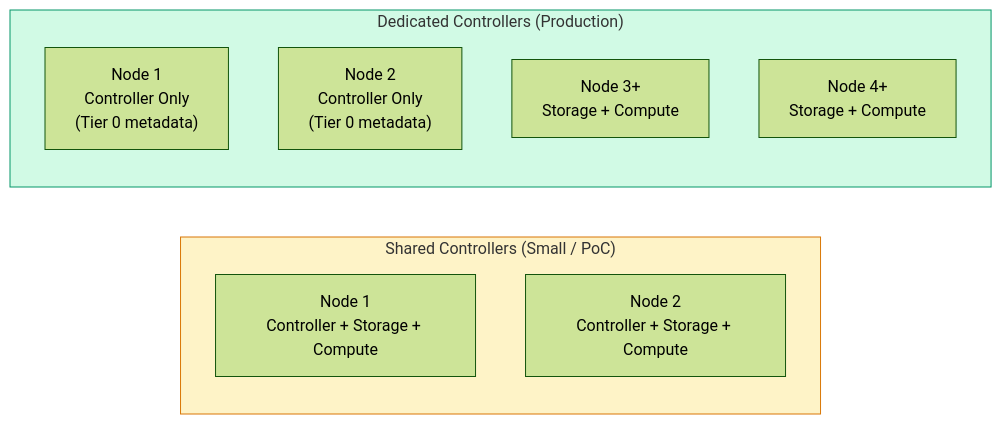
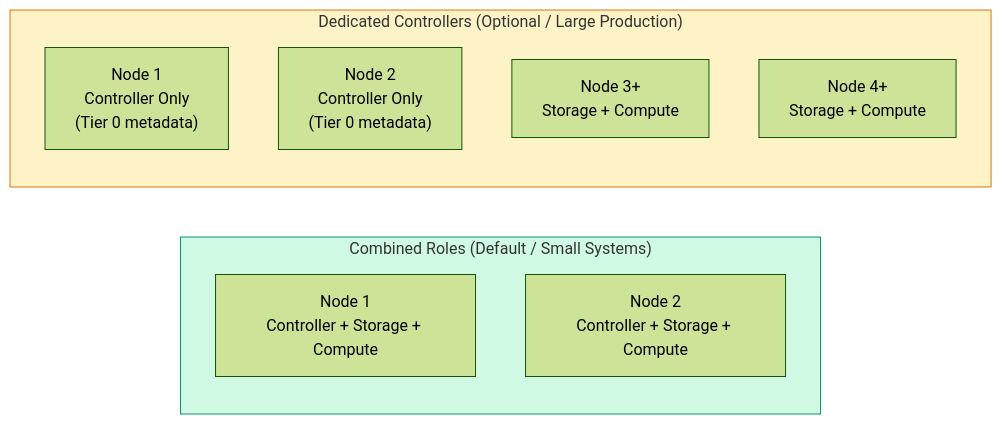
One commit to verge-io/docs-vergeos changed the diagram in learn/02-sizing-design/01-hardware-requirements.md. Above: the diagram before and after it, drawn with Mermaid (forest theme). The commit also changed other lines of this file, not shown here.

````diff
--- a/learn/02-sizing-design/01-hardware-requirements.md
+++ b/learn/02-sizing-design/01-hardware-requirements.md
@@ -208,17 +217,17 @@
 ```mermaid
 graph LR
-    subgraph shared["Shared Controllers (Small / PoC)"]
+    subgraph shared["Combined Roles (Default / Small Systems)"]
         N1S["Node 1<br/>Controller + Storage + Compute"]
         N2S["Node 2<br/>Controller + Storage + Compute"]
     end
 
-    subgraph dedicated["Dedicated Controllers (Production)"]
+    subgraph dedicated["Dedicated Controllers (Optional / Large Production)"]
         N1D["Node 1<br/>Controller Only<br/>(Tier 0 metadata)"]
         N2D["Node 2<br/>Controller Only<br/>(Tier 0 metadata)"]
         N3["Node 3+<br/>Storage + Compute"]
         N4["Node 4+<br/>Storage + Compute"]
     end
 
-    style shared fill:#fef3c7,stroke:#d97706
-    style dedicated fill:#d1fae5,stroke:#059669
+    style shared fill:#d1fae5,stroke:#059669
+    style dedicated fill:#fef3c7,stroke:#d97706
 ```
````
